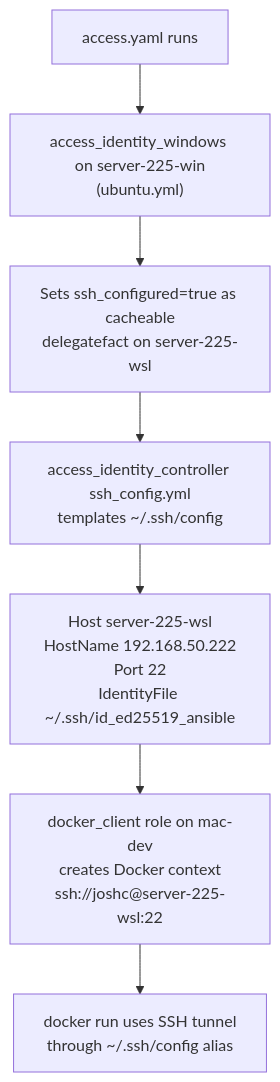
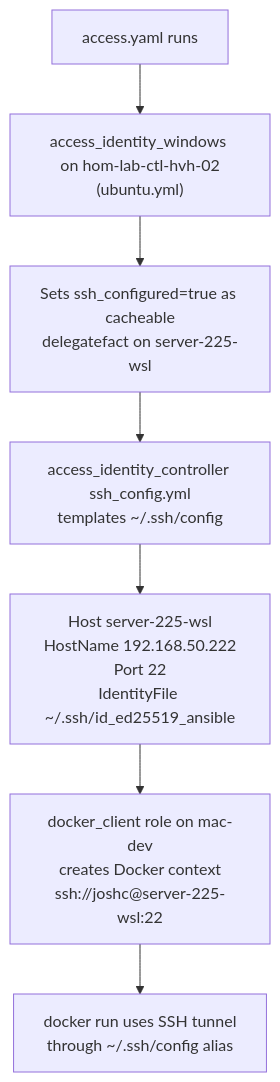
The diagram in .cursor/plans/docker_ssh_sync_audit_eb49eb9b.plan.md (doesitscript/dotfile-vnext), drawn with Mermaid before and after one commit. The commit also changed 63 other files, not shown here.

````diff
--- a/.cursor/plans/docker_ssh_sync_audit_eb49eb9b.plan.md
+++ b/.cursor/plans/docker_ssh_sync_audit_eb49eb9b.plan.md
@@ -14,9 +14,9 @@
 ```mermaid
 flowchart TD
-    A["access.yaml runs"] --> B["access_identity_windows on server-225-win\n(ubuntu.yml)"]
+    A["access.yaml runs"] --> B["access_identity_windows on hom-lab-ctl-hvh-02\n(ubuntu.yml)"]
     B --> C["Sets ssh_configured=true as cacheable\ndelegatefact on server-225-wsl"]
     C --> D["access_identity_controller ssh_config.yml\ntemplates ~/.ssh/config"]
     D --> E["Host server-225-wsl\nHostName 192.168.50.222\nPort 22\nIdentityFile ~/.ssh/id_ed25519_ansible"]
     E --> F["docker_client role on mac-dev\ncreates Docker context\nssh://joshc@server-225-wsl:22"]
     F --> G["docker run uses SSH tunnel\nthrough ~/.ssh/config alias"]
 ```
````
